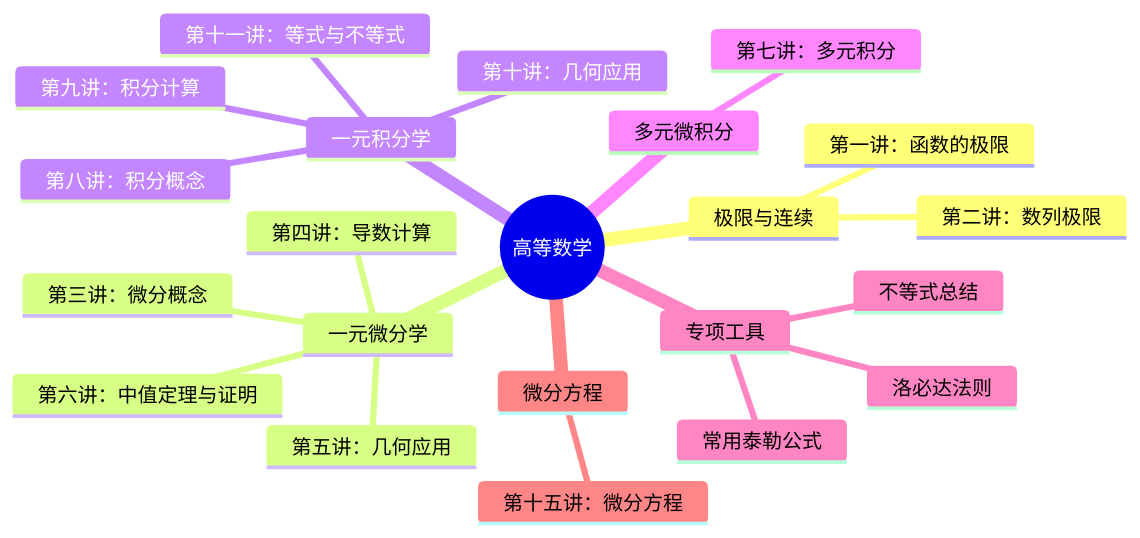
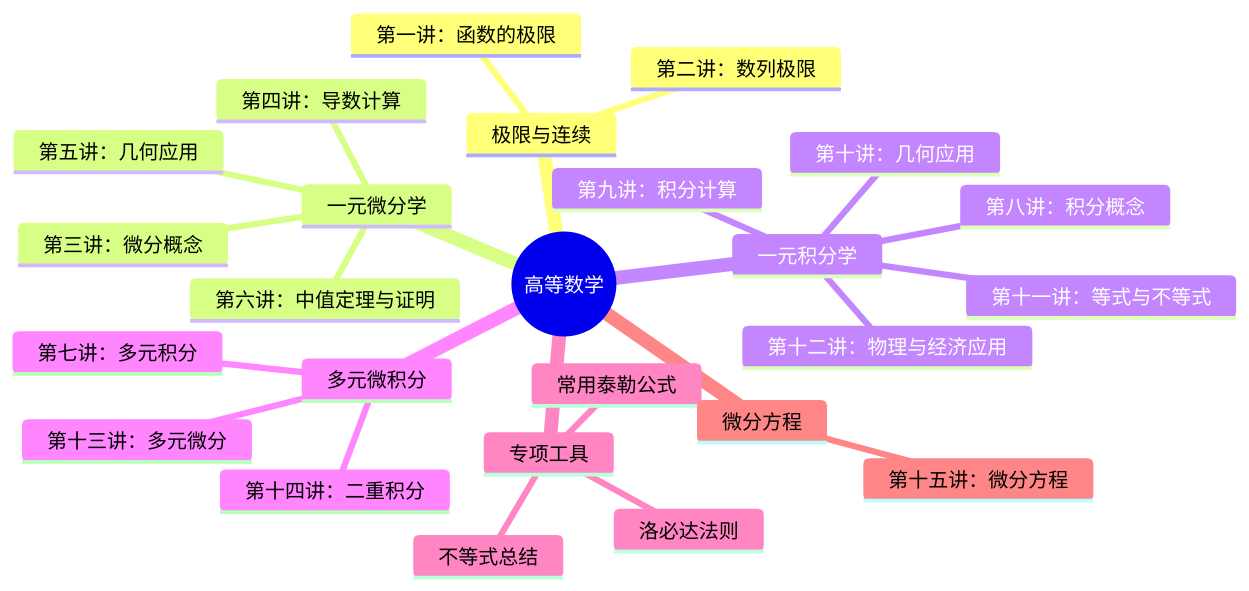
Before and after one commit to ChenJiandong9/note: the diagram in 高数/知识脉络图.md, drawn with Mermaid. The commit also changed other lines of this file and 20 other files, not shown here.

````diff
--- a/高数/知识脉络图.md
+++ b/高数/知识脉络图.md
@@ -12,25 +12,28 @@
 ```mermaid
 mindmap
   root((高等数学))
     极限与连续
       第一讲：函数的极限
       第二讲：数列极限
     一元微分学
       第三讲：微分概念
       第四讲：导数计算
       第五讲：几何应用
       第六讲：中值定理与证明
     一元积分学
       第八讲：积分概念
       第九讲：积分计算
       第十讲：几何应用
       第十一讲：等式与不等式
+      第十二讲：物理与经济应用
     多元微积分
+      第十三讲：多元微分
+      第十四讲：二重积分
       第七讲：多元积分
     专项工具
       常用泰勒公式
       洛必达法则
       不等式总结
     微分方程
       第十五讲：微分方程
 ```
````
